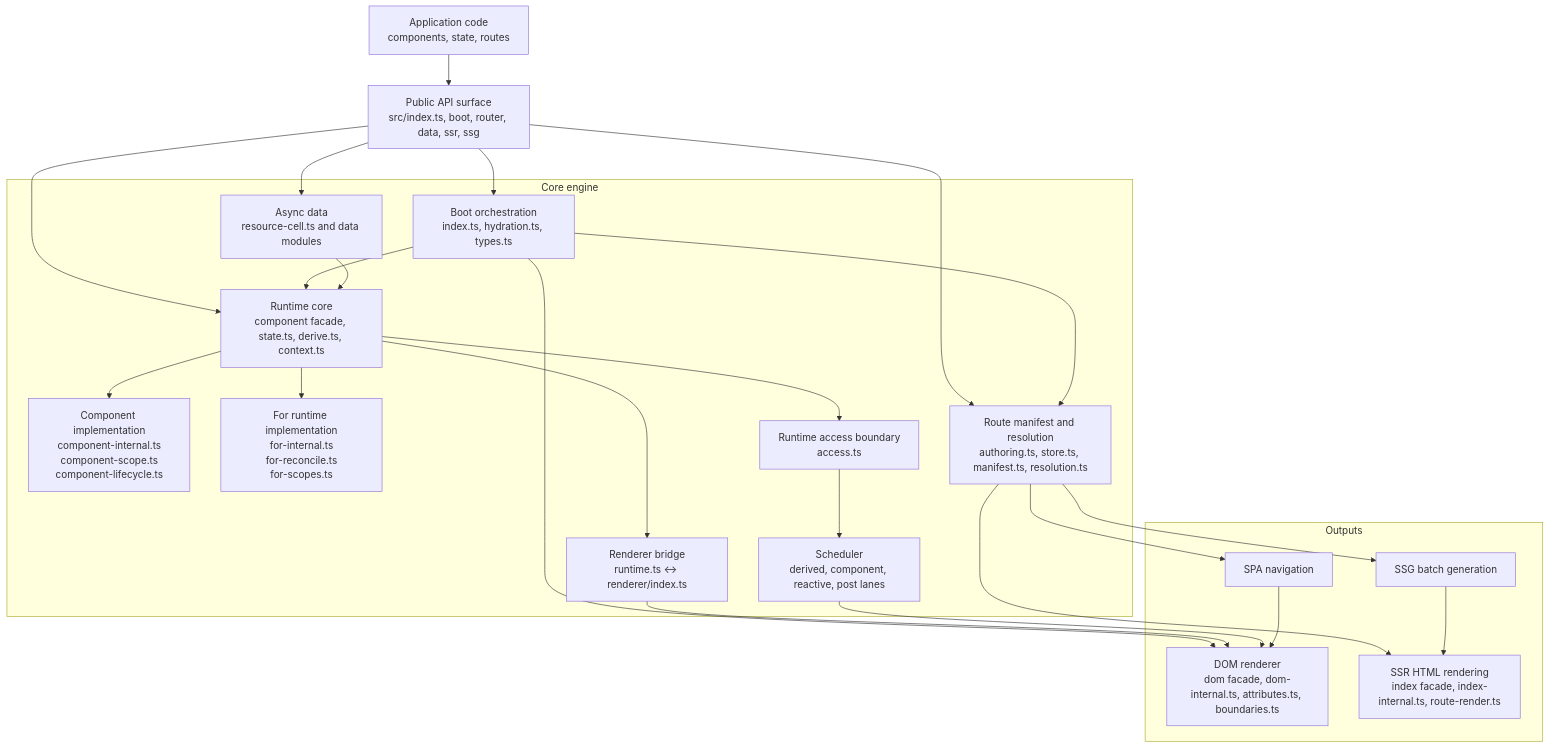
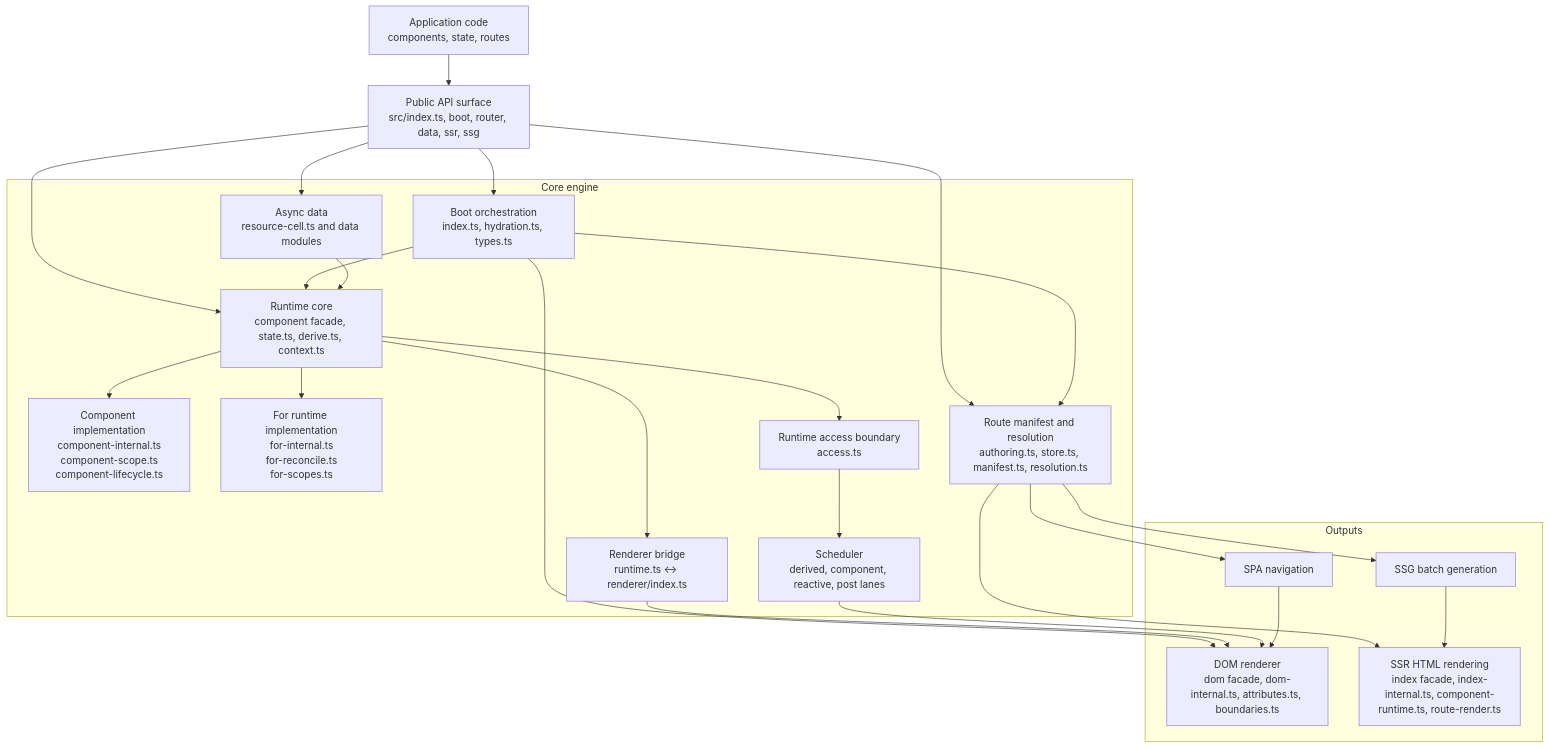
The first of 2 diagrams in docs/internals/core-engine-design.md (askrjs/askr), drawn with Mermaid before and after one commit. The commit also changed other lines of this file and 4 other files, not shown here.

Commit message:
Split SSR component runtime ownership

````diff
--- a/docs/internals/core-engine-design.md
+++ b/docs/internals/core-engine-design.md
@@ -15,46 +15,46 @@
 ```mermaid
 flowchart TB
   app[Application code<br/>components, state, routes]
   publicApi[Public API surface<br/>src/index.ts, boot, router, data, ssr, ssg]
 
   subgraph engine[Core engine]
     boot[Boot orchestration<br/>index.ts, hydration.ts, types.ts]
     runtime[Runtime core<br/>component facade, state.ts, derive.ts, context.ts]
     componentCore[Component implementation<br/>component-internal.ts<br/>component-scope.ts<br/>component-lifecycle.ts]
     forCore[For runtime implementation<br/>for-internal.ts<br/>for-reconcile.ts<br/>for-scopes.ts]
     runtimeAccess[Runtime access boundary<br/>access.ts]
     scheduler[Scheduler<br/>derived, component, reactive, post lanes]
     rendererBridge[Renderer bridge<br/>runtime.ts <-> renderer/index.ts]
     routerManifest[Route manifest and resolution<br/>authoring.ts, store.ts, manifest.ts, resolution.ts]
     asyncData[Async data<br/>resource-cell.ts and data modules]
   end
 
   subgraph outputs[Outputs]
     dom[DOM renderer<br/>dom facade, dom-internal.ts, attributes.ts, boundaries.ts]
     spa[SPA navigation]
-    ssr[SSR HTML rendering<br/>index facade, index-internal.ts, route-render.ts]
+    ssr[SSR HTML rendering<br/>index facade, index-internal.ts, component-runtime.ts, route-render.ts]
     ssg[SSG batch generation]
   end
 
   app --> publicApi
   publicApi --> boot
   publicApi --> runtime
   publicApi --> routerManifest
   publicApi --> asyncData
   boot --> runtime
   boot --> routerManifest
   boot --> dom
   runtime --> runtimeAccess
   runtime --> componentCore
   runtime --> forCore
   runtimeAccess --> scheduler
   runtime --> rendererBridge
   asyncData --> runtime
   routerManifest --> spa
   routerManifest --> ssr
   routerManifest --> ssg
   rendererBridge --> dom
   scheduler --> dom
   spa --> dom
   ssg --> ssr
 ```
````
